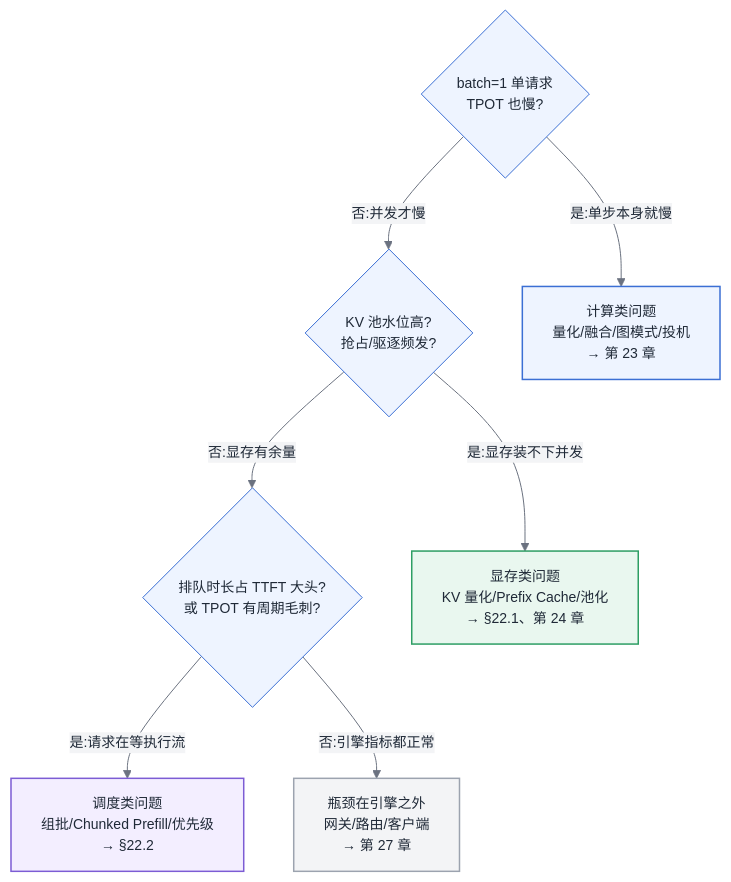
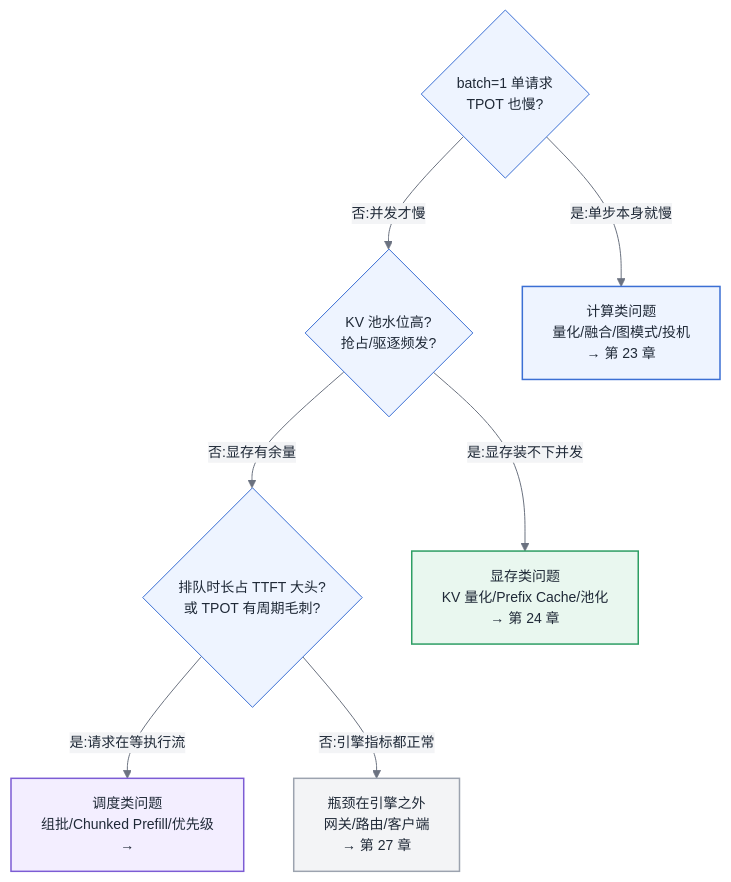
The fourth of 4 diagrams in 第五部分-推理系统/第22章-推理引擎原理.md (cdavid817/AI-Infra), drawn with Mermaid before and after one commit. The commit also changed 12 other files, not shown here.

Commit message:
mermaid 图内不再出现 §X.Y 小节引用:本章自引删除,跨章引用改为「第 X 章」表述(13 文件 28 处)

````diff
--- a/第五部分-推理系统/第22章-推理引擎原理.md
+++ b/第五部分-推理系统/第22章-推理引擎原理.md
@@ -310,25 +310,25 @@
 ```mermaid
 %%{init: {'theme':'base','themeVariables':{
   'primaryColor':'#EEF4FF','primaryBorderColor':'#3B6FD4','primaryTextColor':'#1F2937',
   'secondaryColor':'#F3F4F6','tertiaryColor':'#FFFFFF',
   'lineColor':'#6B7280','fontFamily':'-apple-system, Segoe UI, Helvetica, Arial, sans-serif','fontSize':'14px'
 }}}%%
 flowchart TB
     classDef sched fill:#F3EEFF,stroke:#7C5CD4,stroke-width:1.5px,color:#1F2937
     classDef mem fill:#E9F7EF,stroke:#2E9E64,stroke-width:1.5px,color:#1F2937
     classDef comp fill:#EEF4FF,stroke:#3B6FD4,stroke-width:1.5px,color:#1F2937
     classDef ext fill:#F3F4F6,stroke:#9CA3AF,stroke-width:1.5px,color:#1F2937
     Q0{batch=1 单请求<br/>TPOT 也慢?}
     Q1{KV 池水位高?<br/>抢占/驱逐频发?}
     Q2{排队时长占 TTFT 大头?<br/>或 TPOT 有周期毛刺?}
     A1[计算类问题<br/>量化/融合/图模式/投机<br/>→ 第 23 章]:::comp
-    A2[显存类问题<br/>KV 量化/Prefix Cache/池化<br/>→ §22.1、第 24 章]:::mem
-    A3[调度类问题<br/>组批/Chunked Prefill/优先级<br/>→ §22.2]:::sched
+    A2[显存类问题<br/>KV 量化/Prefix Cache/池化<br/>→ 第 24 章]:::mem
+    A3[调度类问题<br/>组批/Chunked Prefill/优先级<br/>→]:::sched
     A4[瓶颈在引擎之外<br/>网关/路由/客户端<br/>→ 第 27 章]:::ext
     Q0 -- 是:单步本身就慢 --> A1
     Q0 -- 否:并发才慢 --> Q1
     Q1 -- 是:显存装不下并发 --> A2
     Q1 -- 否:显存有余量 --> Q2
     Q2 -- 是:请求在等执行流 --> A3
     Q2 -- 否:引擎指标都正常 --> A4
 ```
````
